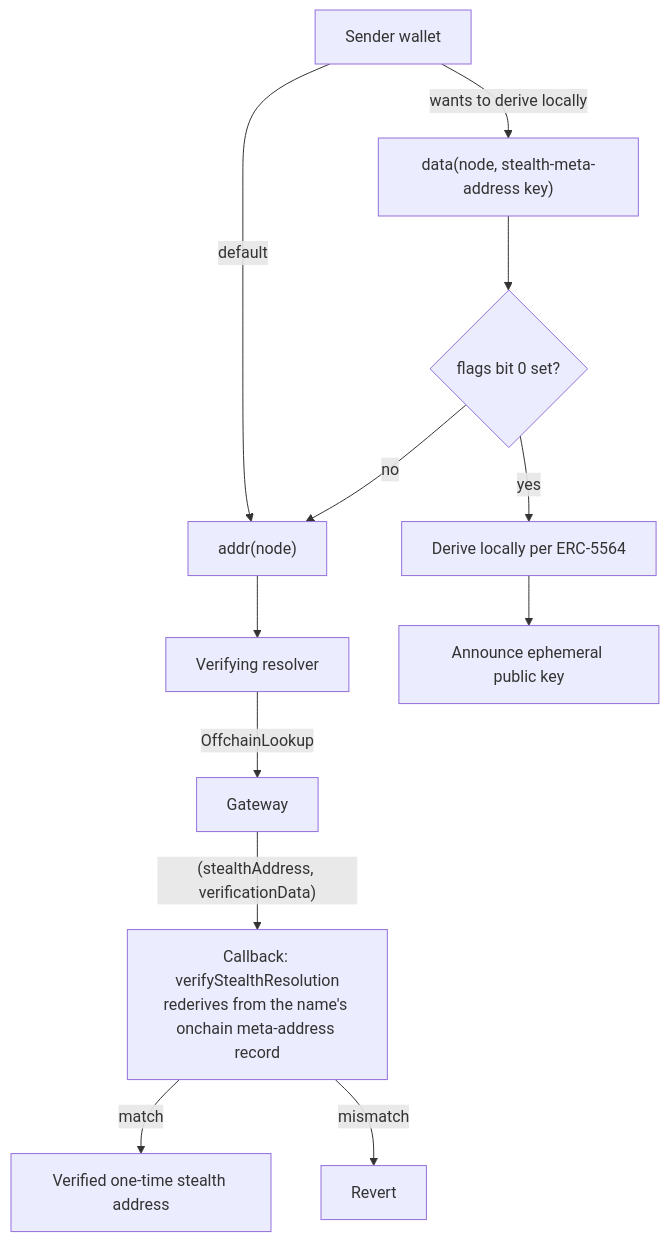
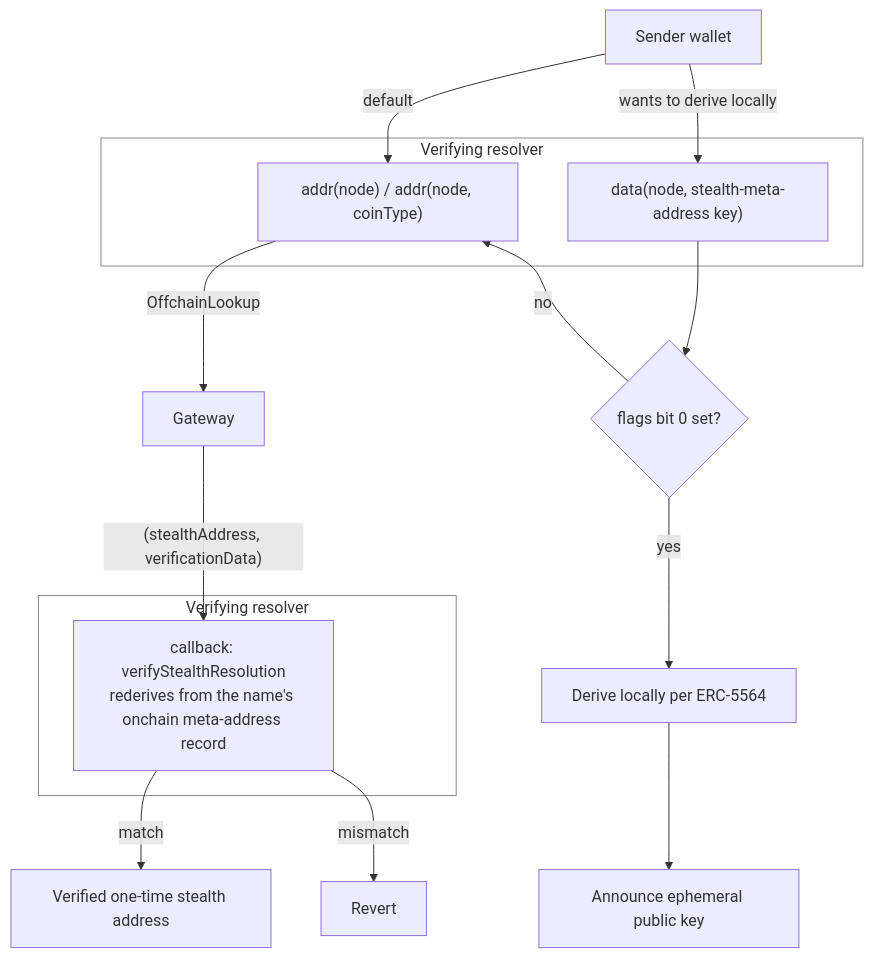
One commit to ensdomains/ensips changed the diagram in ensips/x.md. Above: the diagram before and after it, drawn with Mermaid. The commit also changed other lines of this file, not shown here.

````diff
--- a/ensips/x.md
+++ b/ensips/x.md
@@ -39,15 +39,24 @@
 ```mermaid
-flowchart TD
+flowchart TB
     W[Sender wallet]
-    W -->|default| A["addr(node)"]
-    A --> R[Verifying resolver]
-    R -->|OffchainLookup| G[Gateway]
-    G -->|"(stealthAddress, verificationData)"| C["Callback: verifyStealthResolution<br/>rederives from the name's onchain meta-address record"]
+    W -->|default| A
+    W -->|wants to derive locally| D
+    subgraph R1[Verifying resolver]
+        A["addr(node) / addr(node, coinType)"]
+        D["data(node, stealth-meta-address key)"]
+    end
+    A -->|OffchainLookup| G[Gateway]
+    G -->|"(stealthAddress, verificationData)"| C
+    subgraph R2[Verifying resolver]
+        C["callback: verifyStealthResolution<br/>rederives from the name's onchain meta-address record"]
+    end
+    style R1 fill:none,stroke:#888,stroke-width:1px
+    style R2 fill:none,stroke:#888,stroke-width:1px
     C -->|match| OK[Verified one-time stealth address]
     C -->|mismatch| X[Revert]
-    W -->|wants to derive locally| D["data(node, stealth-meta-address key)"]
     D --> F{flags bit 0 set?}
     F -->|yes| L[Derive locally per ERC-5564]
     L --> AN[Announce ephemeral public key]
+    A ~~~ F
     F -->|no| A
 ```
````
